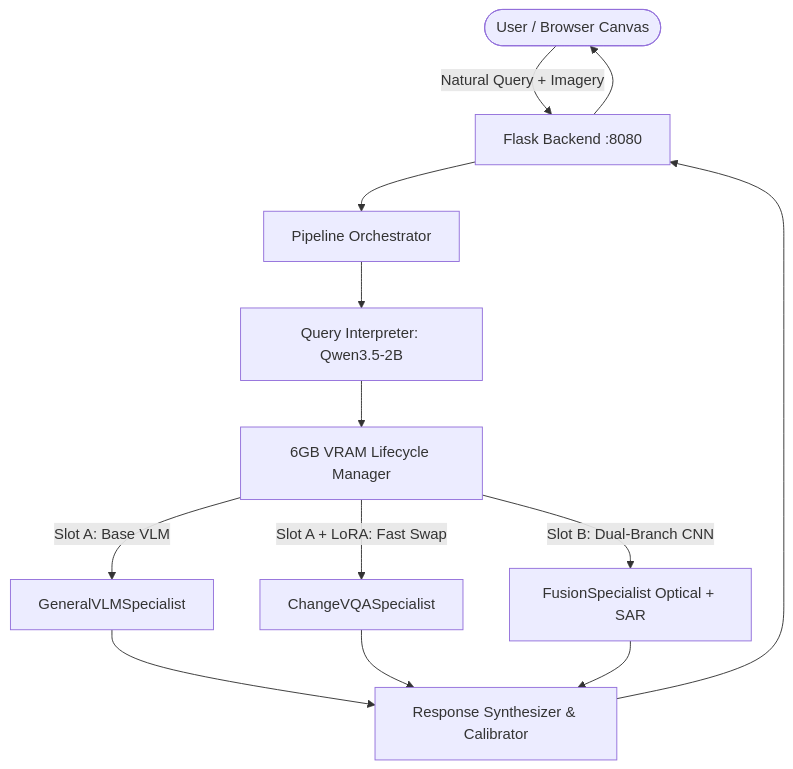
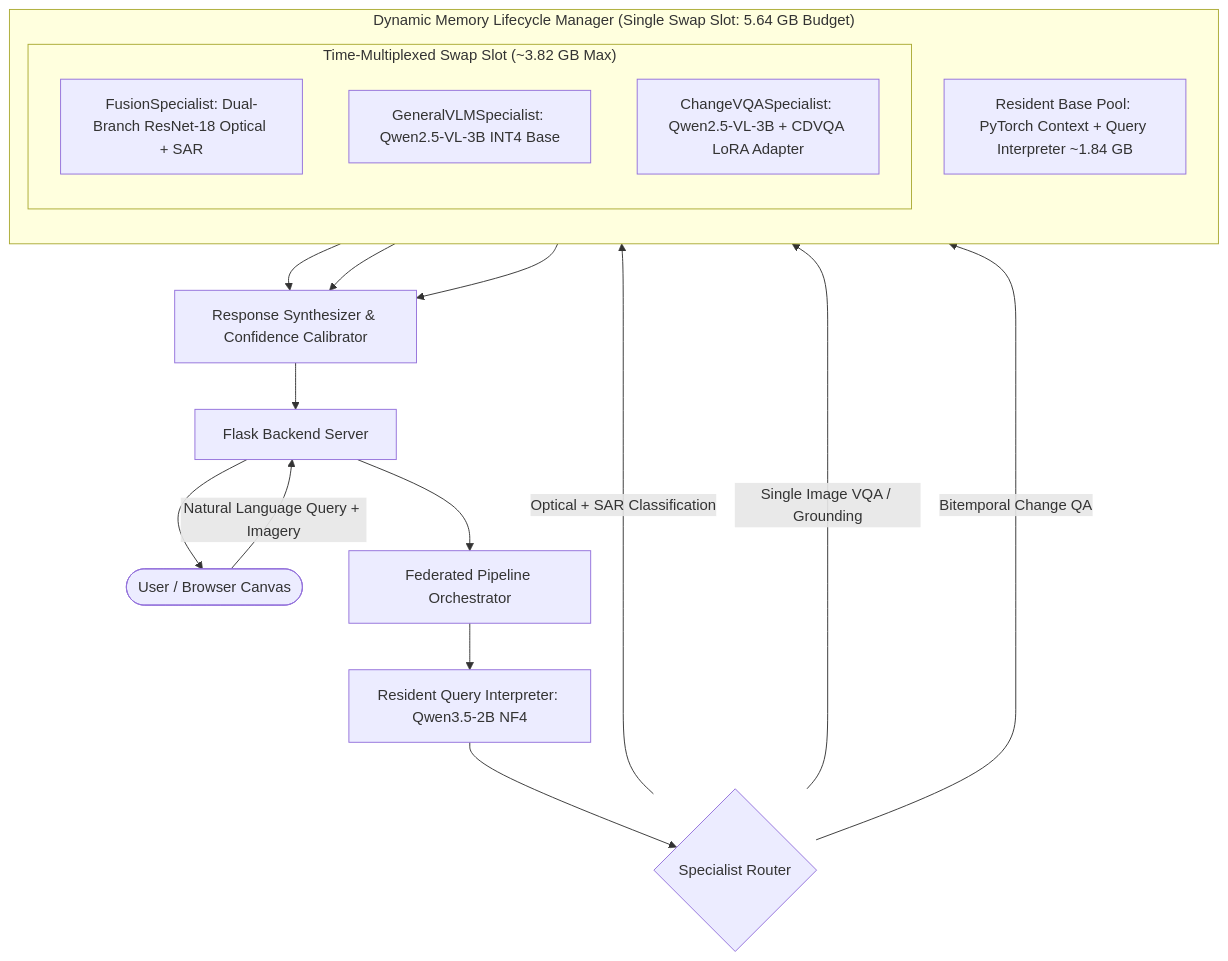
Before and after one commit to pavitravashishtha/satquery: the diagram in README.md, drawn with Mermaid. The commit also changed other lines of this file, not shown here.

Commit message:
docs: ground README in deployment constraints, evaluation triad, prototype disclaimer & empirical VRAM benchmarks

````diff
--- a/README.md
+++ b/README.md
@@ -36,15 +79,29 @@
 ```mermaid
 flowchart TD
-    User([User / Browser Canvas]) -->|Natural Query + Imagery| API[Flask Backend :8080]
-    API --> Orchestrator[Pipeline Orchestrator]
-    Orchestrator --> Interpreter[Query Interpreter: Qwen3.5-2B]
-    Interpreter --> Lifecycle[6GB VRAM Lifecycle Manager]
-    Lifecycle -->|Slot A: Base VLM| GenVLM[GeneralVLMSpecialist]
-    Lifecycle -->|Slot A + LoRA: Fast Swap| ChangeVQA[ChangeVQASpecialist]
-    Lifecycle -->|Slot B: Dual-Branch CNN| Fusion[FusionSpecialist Optical + SAR]
-    GenVLM --> Synthesizer[Response Synthesizer & Calibrator]
-    ChangeVQA --> Synthesizer
-    Fusion --> Synthesizer
-    Synthesizer --> API
+    User([User / Browser Canvas]) -->|Natural Language Query + Imagery| API[Flask Backend Server]
+    API --> Orch[Federated Pipeline Orchestrator]
+    Orch --> Interp[Resident Query Interpreter: Qwen3.5-2B NF4]
+    Interp --> Route{Specialist Router}
+    
+    subgraph VRAM_Manager ["Dynamic Memory Lifecycle Manager (Single Swap Slot: 5.64 GB Budget)"]
+        direction TB
+        BaseOccupant[Resident Base Pool: PyTorch Context + Query Interpreter ~1.84 GB]
+        
+        subgraph DynamicSlot ["Time-Multiplexed Swap Slot (~3.82 GB Max)"]
+            SpecFusion[FusionSpecialist: Dual-Branch ResNet-18 Optical + SAR]
+            SpecVLM[GeneralVLMSpecialist: Qwen2.5-VL-3B INT4 Base]
+            SpecCDVQA[ChangeVQASpecialist: Qwen2.5-VL-3B + CDVQA LoRA Adapter]
+        end
+    end
+    
+    Route -->|Optical + SAR Classification| SpecFusion
+    Route -->|Single Image VQA / Grounding| SpecVLM
+    Route -->|Bitemporal Change QA| SpecCDVQA
+    
+    SpecFusion --> Synth[Response Synthesizer & Confidence Calibrator]
+    SpecVLM --> Synth
+    SpecCDVQA --> Synth
+    
+    Synth --> API
     API --> User
 ```
````
